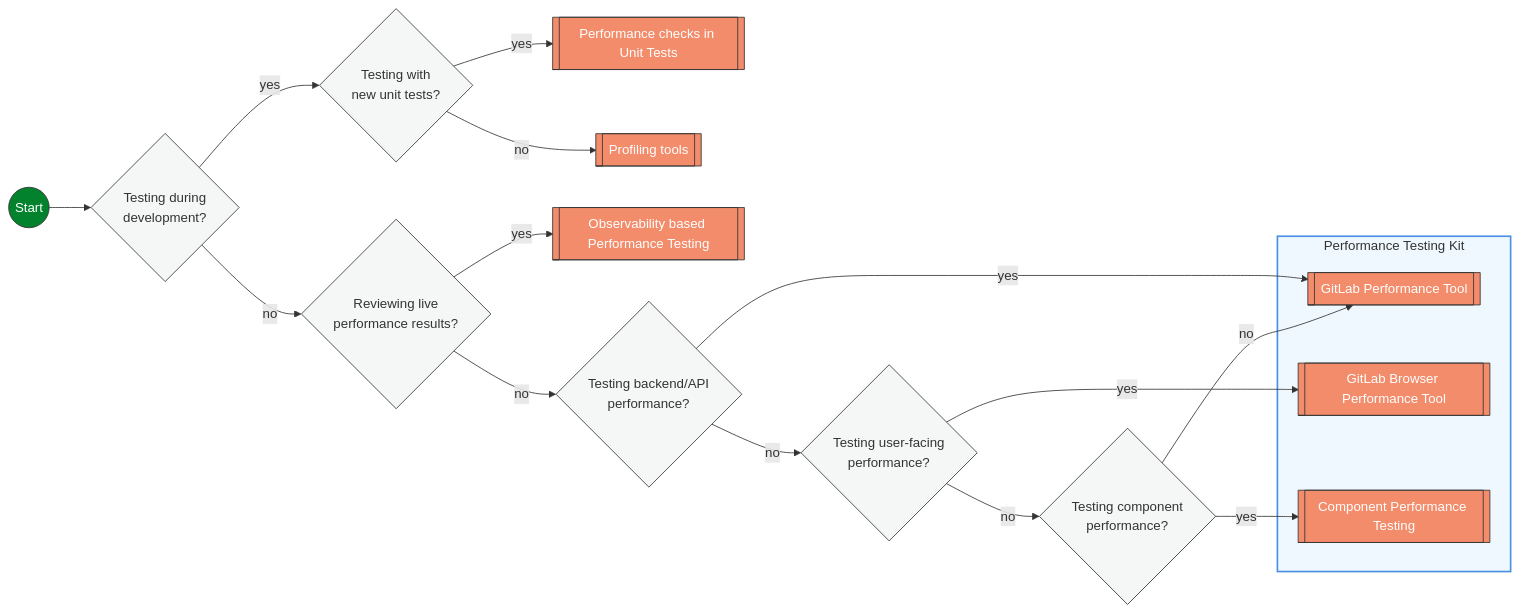
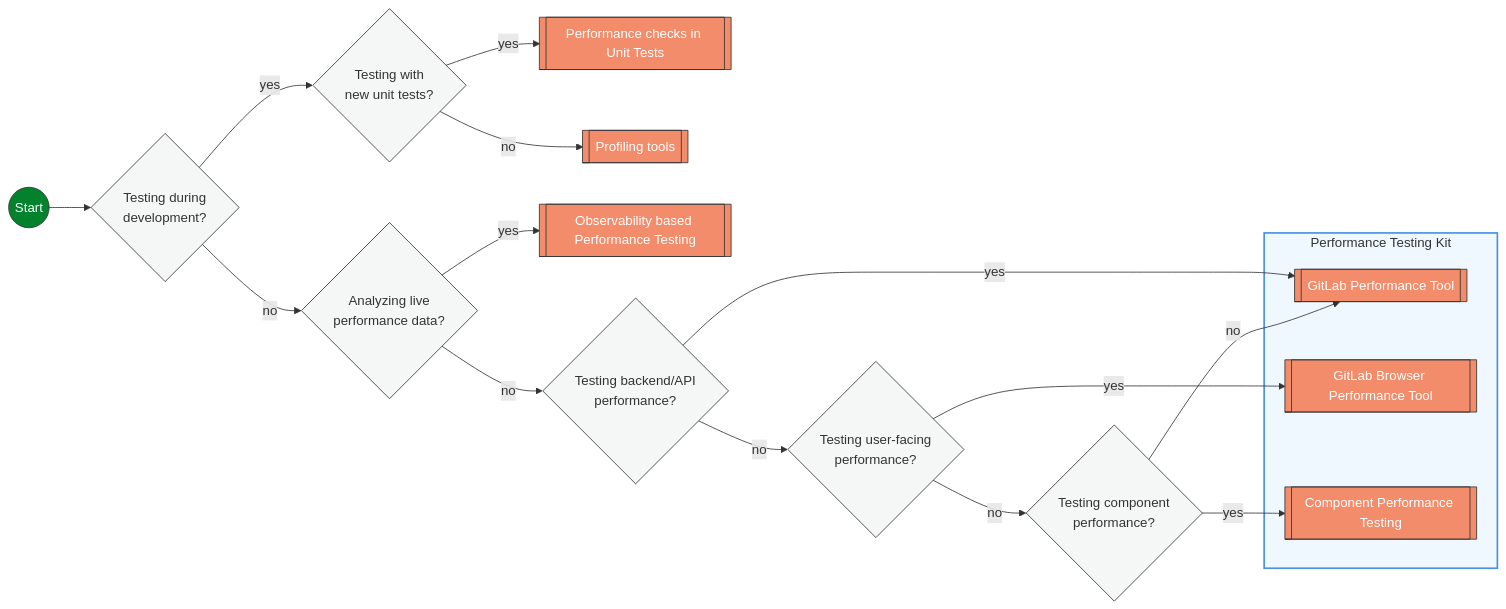
One commit to zalyoung/gitlab-handbook changed the diagram in content/handbook/engineering/testing/performance.md. Above: the diagram before and after it, drawn with Mermaid.

Commit message:
Adjusting diagram phrasing

````diff
--- a/content/handbook/engineering/testing/performance.md
+++ b/content/handbook/engineering/testing/performance.md
@@ -9,66 +9,66 @@
 ```mermaid
 flowchart LR
   subgraph PTK["Performance Testing Kit"]
     GPT[[GitLab Performance Tool]]
     GBPT[[GitLab Browser Performance Tool]]
     CPT[[Component Performance Testing]]
   end
 
   START((Start))
   UNIT[[Performance checks in Unit Tests]]
   PROFILE[[Profiling tools]]
   OBSERVE_TEST[[Observability based Performance Testing]]
 
   SPECS{Testing with\nnew unit tests?}
   BUILT{Testing during\ndevelopment?}
   UI{Testing user-facing\nperformance?}
   ENV{Testing backend/API\nperformance?}
   COMPONENT{Testing component\nperformance?}
-  OBSERVABILITY{Reviewing live\nperformance results?}
+  OBSERVABILITY{Analyzing live\nperformance data?}
 
   START --> BUILT
   BUILT -- no --> OBSERVABILITY
   BUILT -- yes --> SPECS
   SPECS -- yes --> UNIT
   SPECS -- no --> PROFILE
 
   UI -- yes --> GBPT
   UI -- no --> COMPONENT
 
   COMPONENT -- yes --> CPT
   COMPONENT -- no --> GPT
 
   OBSERVABILITY -- yes --> OBSERVE_TEST
   OBSERVABILITY -- no --> ENV
 
   ENV -- yes --> GPT
   ENV -- no --> UI
 
   %% Class definition
   classDef decision fill:#f5f7f6,stroke:#333,stroke-width:1px,rx:5px;
   classDef tool fill:#F28C6B,stroke:#333,stroke-width:1px,color:white,rx:5px;
   classDef start fill:#03822d,stroke:#333,stroke-width:1px,color:white,rx:10px;
   classDef kitStyle fill:#f0f8ff,stroke:#4a90e2,stroke-width:2px,color:#333;
 
   class UI,ENV,BUILT,COMPONENT,SPECS,OBSERVABILITY decision;
   class GBPT,CPT,GPT,PROFILE,UNIT,OBSERVE_TEST tool;
   class START start;
   class PTK kitStyle;
 
   %% Tool tooltips with links
   click GPT "#system-level-load-testing" "GitLab Performance Tool - Load testing for GitLab instances and reference architectures"
   click GBPT "#client-side-performance-testing" "Browser performance testing using SiteSpeed.io to measure user-facing performance"
   click CPT "#component-performance-testing" "Load testing for specific subsystems or components like Gitaly"
   click PROFILE "#profiling-tools" "Ruby profiling tools: ruby-prof, stackprof, memory_profiler, rbspy, and others"
   click OBSERVE_TEST "https://handbook.gitlab.com/handbook/engineering/testing/observability_performance/" "Using existing Observability for Performance"
 
   %% Decision node tooltips
   click BUILT "javascript:void(0)" "Is the code/feature still under active development? Use early-stage performance tools if yes."
   click SPECS "javascript:void(0)" "Are you writing new test specifications or adding performance assertions to existing tests?"
   click UI "javascript:void(0)" "Are you primarily testing user-facing performance like page load times and UI responsiveness?"
   click ENV "javascript:void(0)" "Are you testing server-side performance like API response times, database queries, or system throughput?"
   click COMPONENT "javascript:void(0)" "Are you testing an isolated component or subsystem rather than the full GitLab application?"
 
   %% Unit testing tooltip
   click UNIT "#performance-unit-testing" "Add performance assertions and benchmarks directly within your unit test suite for fast feedback"
 ```
````
